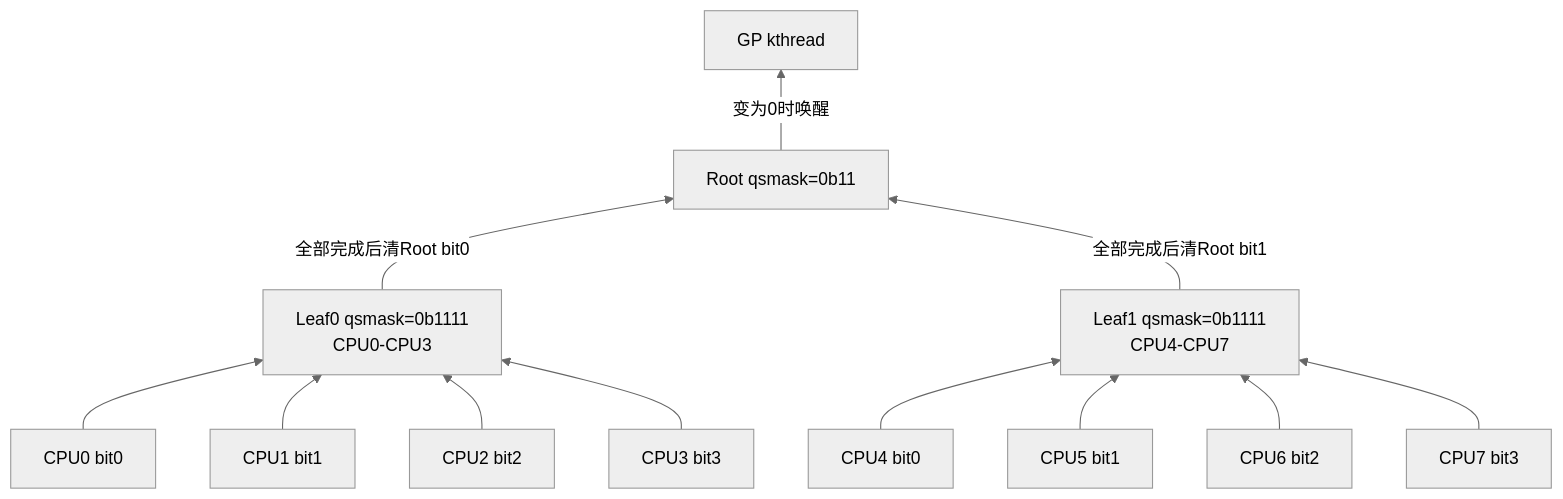
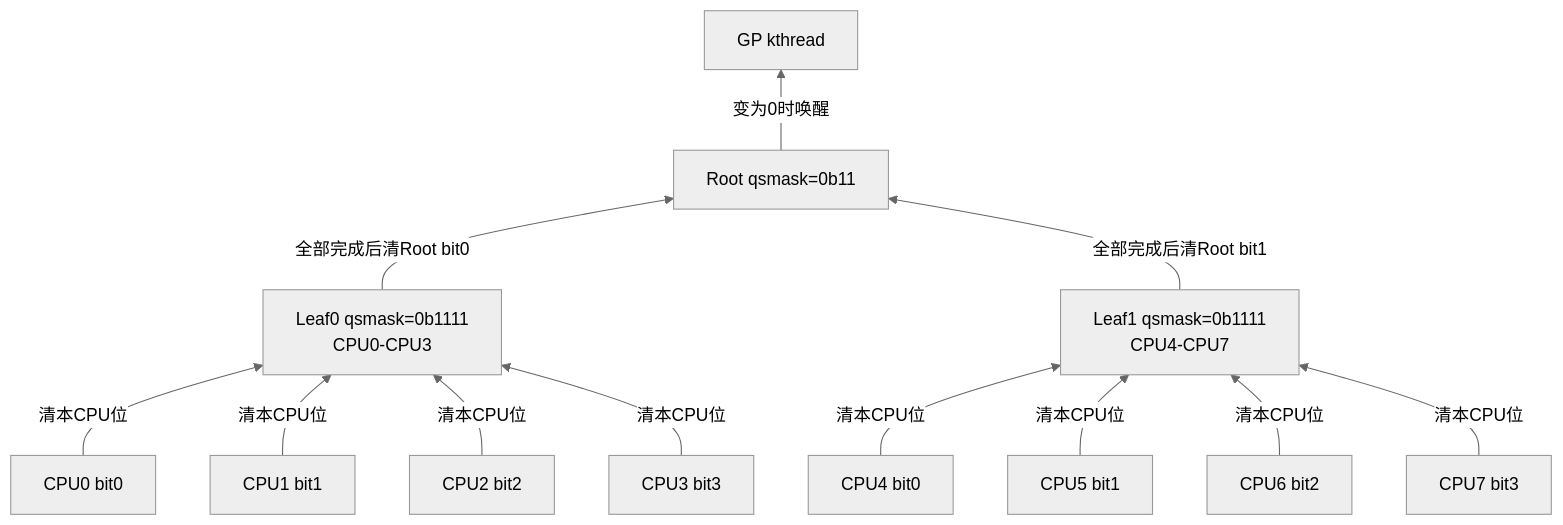
Before and after one commit to FormingSystem/linux_note: the first of 2 diagrams in knowledge/linux/synchronization_and_asynchrony/synchronization/rcu/P10_Tree_RCU_rcu_node树与分层汇聚.md, drawn with Mermaid (neutral theme). The commit also changed other lines of this file and 2 other files, not shown here.

````diff
--- a/knowledge/linux/synchronization_and_asynchrony/synchronization/rcu/P10_Tree_RCU_rcu_node树与分层汇聚.md
+++ b/knowledge/linux/synchronization_and_asynchrony/synchronization/rcu/P10_Tree_RCU_rcu_node树与分层汇聚.md
@@ -33,14 +38,14 @@
 ```mermaid
 flowchart BT
-    C0["CPU0 bit0"] --> L0["Leaf0 qsmask=0b1111<br/>CPU0-CPU3"]
-    C1["CPU1 bit1"] --> L0
-    C2["CPU2 bit2"] --> L0
-    C3["CPU3 bit3"] --> L0
-    C4["CPU4 bit0"] --> L1["Leaf1 qsmask=0b1111<br/>CPU4-CPU7"]
-    C5["CPU5 bit1"] --> L1
-    C6["CPU6 bit2"] --> L1
-    C7["CPU7 bit3"] --> L1
+    C0["CPU0 bit0"] -->|清本CPU位| L0["Leaf0 qsmask=0b1111<br/>CPU0-CPU3"]
+    C1["CPU1 bit1"] -->|清本CPU位| L0
+    C2["CPU2 bit2"] -->|清本CPU位| L0
+    C3["CPU3 bit3"] -->|清本CPU位| L0
+    C4["CPU4 bit0"] -->|清本CPU位| L1["Leaf1 qsmask=0b1111<br/>CPU4-CPU7"]
+    C5["CPU5 bit1"] -->|清本CPU位| L1
+    C6["CPU6 bit2"] -->|清本CPU位| L1
+    C7["CPU7 bit3"] -->|清本CPU位| L1
     L0 -->|"全部完成后清Root bit0"| R["Root qsmask=0b11"]
     L1 -->|"全部完成后清Root bit1"| R
     R -->|"变为0时唤醒"| G["GP kthread"]
 ```
````
